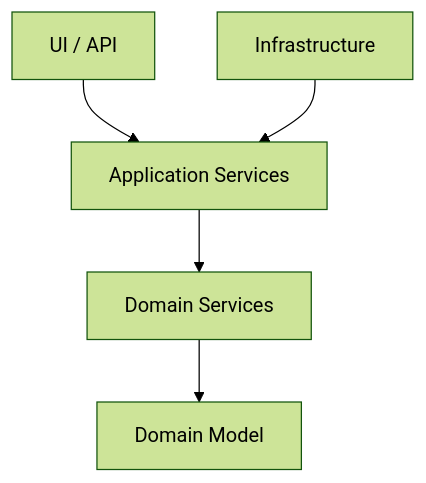
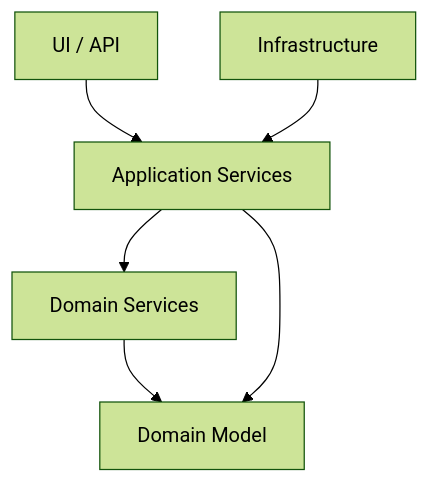
The fifth of 9 diagrams in content/lectures/Lec8/vitepress.md (Kert0n/KPO), drawn with Mermaid (forest theme) before and after one commit. The commit also changed other lines of this file, not shown here.

````diff
--- a/content/lectures/Lec8/vitepress.md
+++ b/content/lectures/Lec8/vitepress.md
@@ -871,7 +477,8 @@
 ```mermaid
 flowchart TD
     UI["UI / API"] --> Application["Application Services"]
     Infrastructure["Infrastructure"] --> Application
     Application --> DomainServices["Domain Services"]
     DomainServices --> Domain["Domain Model"]
+    Application --> Domain
 ```
````
